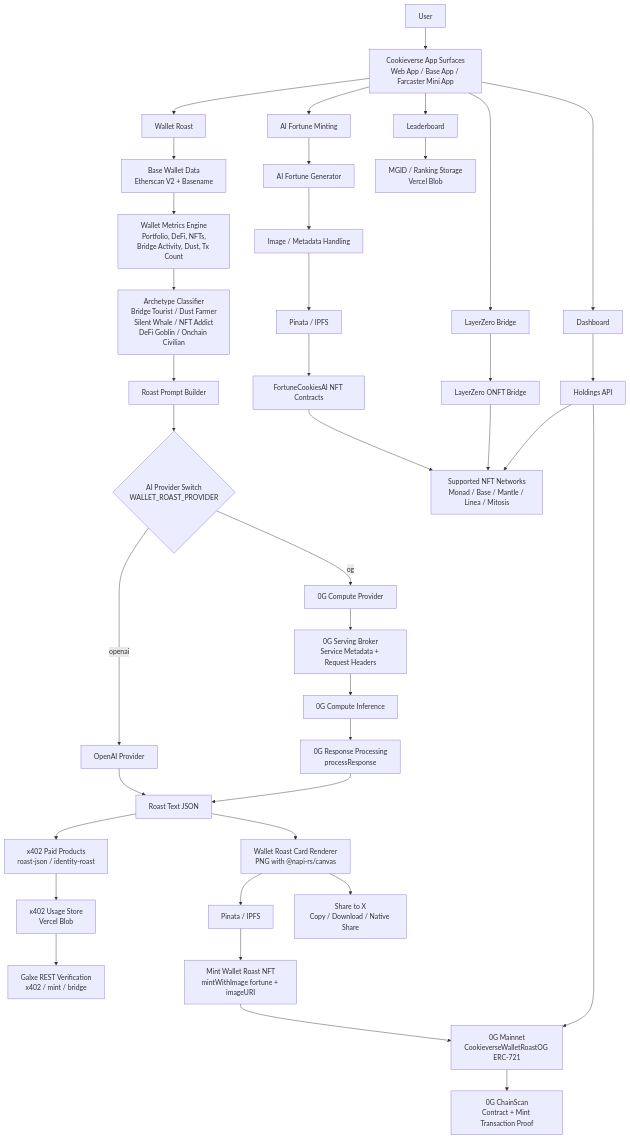
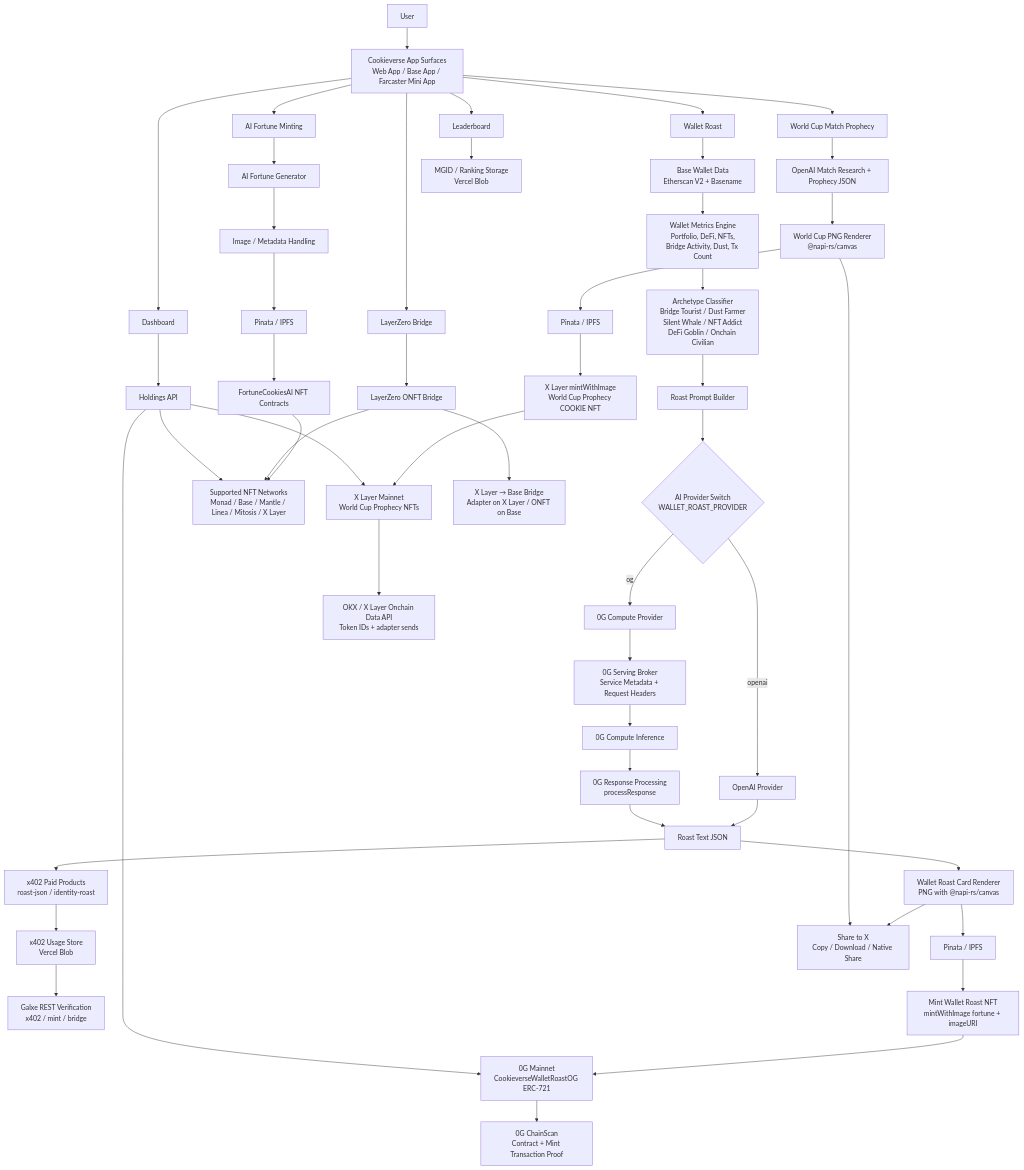
One commit to mssystem1/cookieverse changed the diagram in README.md. Above: the diagram before and after it, drawn with Mermaid. The commit also changed other lines of this file, not shown here.

````diff
--- a/README.md
+++ b/README.md
@@ -120,55 +125,66 @@
 ```mermaid
 flowchart TD
     U[User] --> SURFACES[Cookieverse App Surfaces<br/>Web App / Base App / Farcaster Mini App]
 
     SURFACES --> FORTUNE[AI Fortune Minting]
+    SURFACES --> XCUP[World Cup Match Prophecy]
     SURFACES --> ROAST[Wallet Roast]
     SURFACES --> BRIDGE[LayerZero Bridge]
     SURFACES --> DASH[Dashboard]
     SURFACES --> BOARD[Leaderboard]
 
     FORTUNE --> FORTUNE_AI[AI Fortune Generator]
     FORTUNE_AI --> FORTUNE_IMG[Image / Metadata Handling]
     FORTUNE_IMG --> PINATA1[Pinata / IPFS]
     PINATA1 --> COOKIE_NFT[FortuneCookiesAI NFT Contracts]
+
+    XCUP --> XCUP_AI[OpenAI Match Research + Prophecy JSON]
+    XCUP_AI --> XCUP_CARD[World Cup PNG Renderer<br/>@napi-rs/canvas]
+    XCUP_CARD --> XCUP_IPFS[Pinata / IPFS]
+    XCUP_IPFS --> XLAYER_MINT[X Layer mintWithImage<br/>World Cup Prophecy COOKIE NFT]
 
     ROAST --> WALLET_DATA[Base Wallet Data<br/>Etherscan V2 + Basename]
     WALLET_DATA --> METRICS[Wallet Metrics Engine<br/>Portfolio, DeFi, NFTs,<br/>Bridge Activity, Dust, Tx Count]
     METRICS --> ARCHETYPE[Archetype Classifier<br/>Bridge Tourist / Dust Farmer<br/>Silent Whale / NFT Addict<br/>DeFi Goblin / Onchain Civilian]
     ARCHETYPE --> PROMPT[Roast Prompt Builder]
 
     PROMPT --> AI_SWITCH{AI Provider Switch<br/>WALLET_ROAST_PROVIDER}
 
     AI_SWITCH -->|openai| OPENAI[OpenAI Provider]
     AI_SWITCH -->|og| OGCOMPUTE[0G Compute Provider]
 
     OGCOMPUTE --> OGBROKER[0G Serving Broker<br/>Service Metadata + Request Headers]
     OGBROKER --> OGINFERENCE[0G Compute Inference]
     OGINFERENCE --> OGVERIFY[0G Response Processing<br/>processResponse]
 
     OPENAI --> ROAST_JSON[Roast Text JSON]
     OGVERIFY --> ROAST_JSON
 
     ROAST_JSON --> X402PAID[x402 Paid Products<br/>roast-json / identity-roast]
     X402PAID --> X402USAGE[x402 Usage Store<br/>Vercel Blob]
     X402USAGE --> GALXE[Galxe REST Verification<br/>x402 / mint / bridge]
     ROAST_JSON --> CARD[Wallet Roast Card Renderer<br/>PNG with @napi-rs/canvas]
     CARD --> PINATA2[Pinata / IPFS]
     PINATA2 --> ROAST_MINT[Mint Wallet Roast NFT<br/>mintWithImage fortune + imageURI]
 
-    COOKIE_NFT --> CHAINS[Supported NFT Networks<br/>Monad / Base / Mantle / Linea / Mitosis]
+    COOKIE_NFT --> CHAINS[Supported NFT Networks<br/>Monad / Base / Mantle / Linea / Mitosis / X Layer]
+    XLAYER_MINT --> XLAYER[X Layer Mainnet<br/>World Cup Prophecy NFTs]
     ROAST_MINT --> OGCHAIN[0G Mainnet<br/>CookieverseWalletRoastOG ERC-721]
 
     BRIDGE --> LZ[LayerZero ONFT Bridge]
     LZ --> CHAINS
+    LZ --> XLAYER_BASE[X Layer → Base Bridge<br/>Adapter on X Layer / ONFT on Base]
 
     DASH --> HOLDINGS[Holdings API]
     HOLDINGS --> CHAINS
+    HOLDINGS --> XLAYER
     HOLDINGS --> OGCHAIN
 
     BOARD --> MGID[MGID / Ranking Storage<br/>Vercel Blob]
 
     CARD --> SHARE[Share to X<br/>Copy / Download / Native Share]
+    XCUP_CARD --> SHARE
 
+    XLAYER --> OKXAPI[OKX / X Layer Onchain Data API<br/>Token IDs + adapter sends]
     OGCHAIN --> OGEXPLORER[0G ChainScan<br/>Contract + Mint Transaction Proof]
 ```
````
